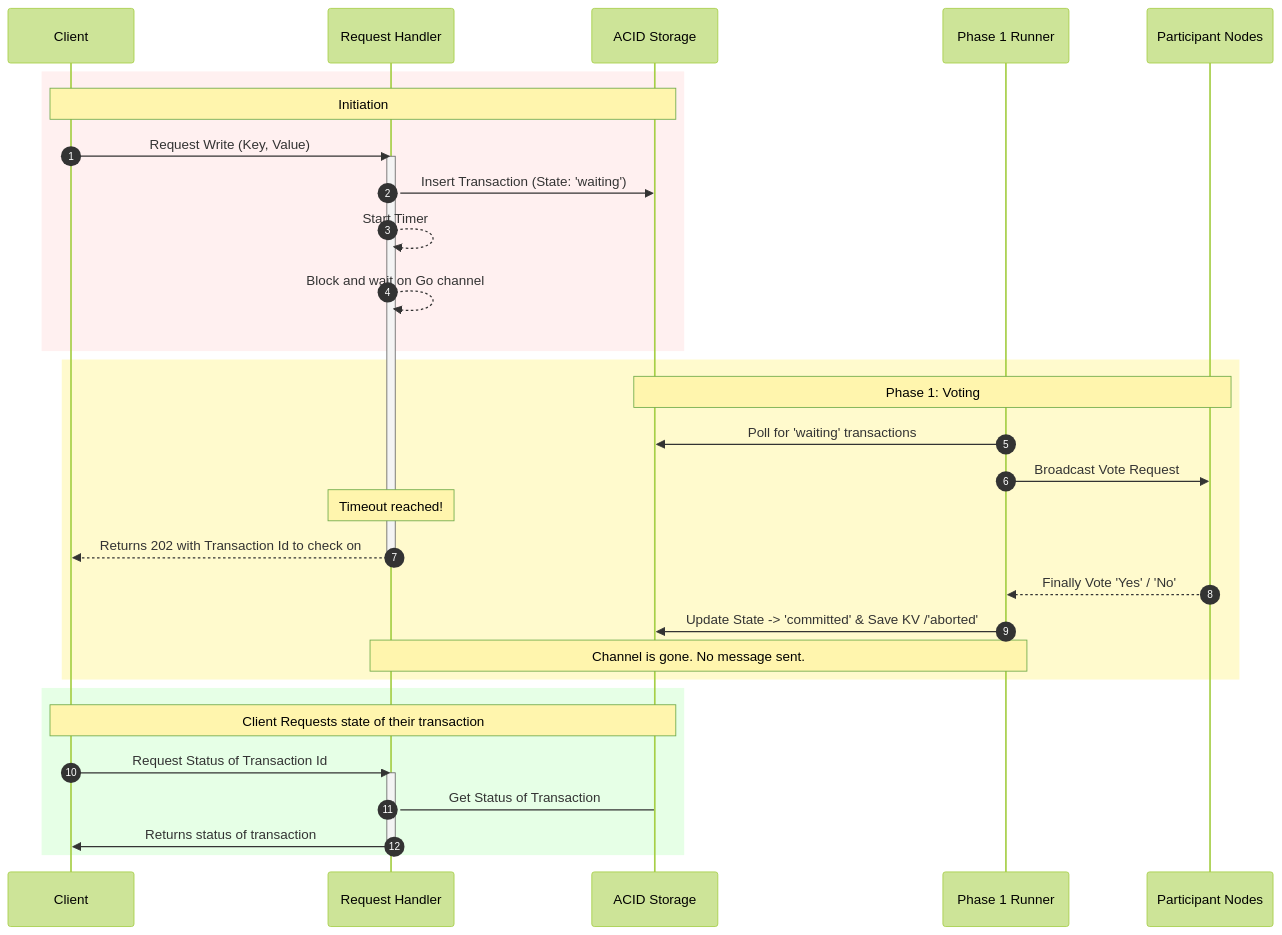
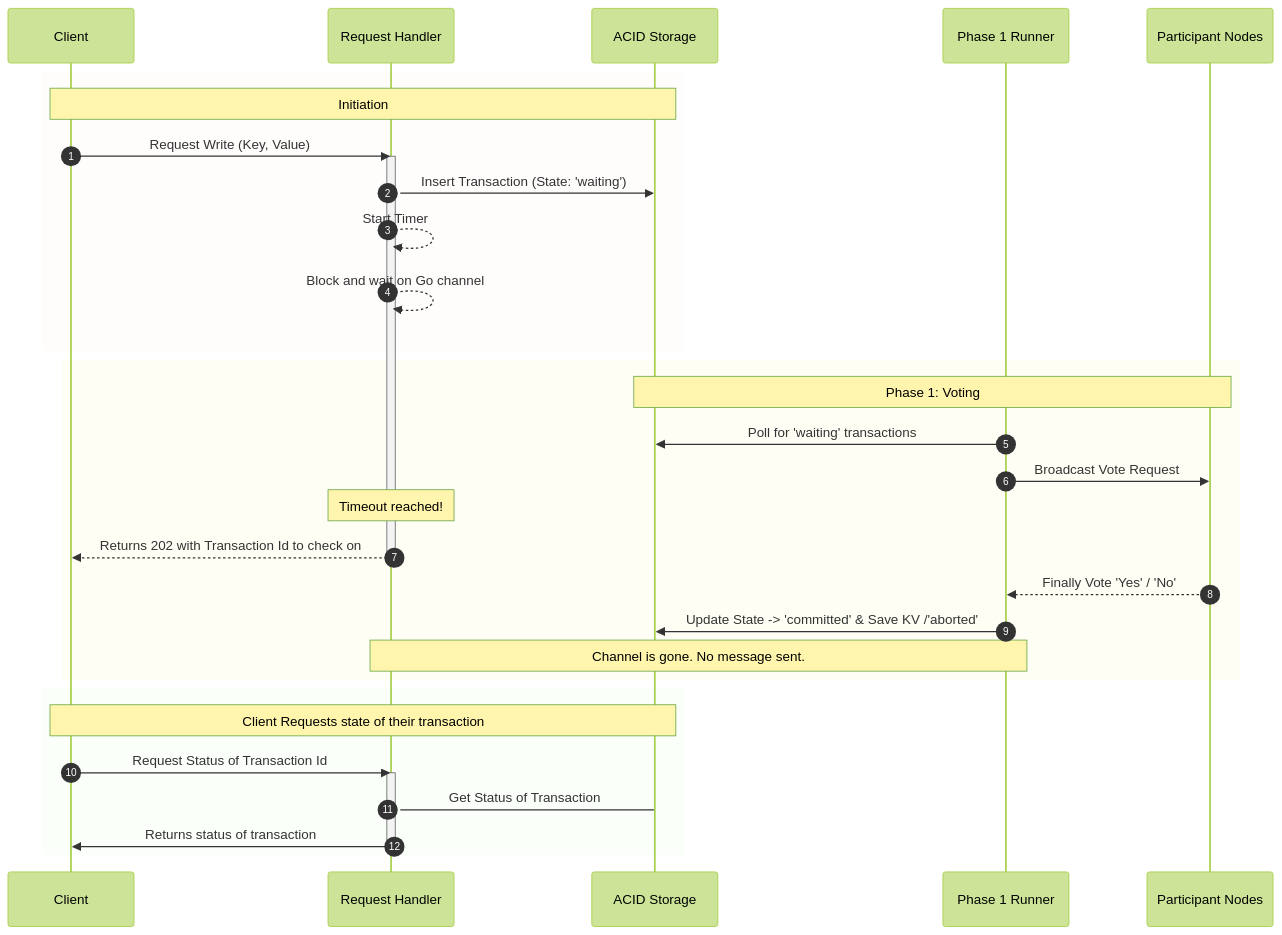
The second of 2 diagrams in readme.md (GilbertBckr/DistributedKeyValueStore), drawn with Mermaid (forest theme) before and after one commit. The commit also changed other lines of this file, not shown here.

Commit message:
updated mermaidjs colors

````diff
--- a/readme.md
+++ b/readme.md
@@ -68,42 +68,42 @@
 ```mermaid
 sequenceDiagram
     autonumber
     
     participant C as Client
     participant H as Request Handler
     participant DB as ACID Storage
     participant P1 as Phase 1 Runner
     participant PN as Participant Nodes
 
-    rect rgb(255, 240, 240)
+    rect rgba(255, 240, 240, 0.2)
         Note over C, DB: Initiation
         C->>H: Request Write (Key, Value)
         activate H
         H->>DB: Insert Transaction (State: 'waiting')
         H-->>H: Start Timer
         H-->>H: Block and wait on Go channel
     end
 
-    rect rgb(255, 250, 205)
+    rect rgba(255, 250, 205, 0.2)
         Note over DB, PN: Phase 1: Voting
         P1->>DB: Poll for 'waiting' transactions
         P1->>PN: Broadcast Vote Request
         Note over H: Timeout reached!
         H-->>C: Returns 202 with Transaction Id to check on 
         deactivate H
         
         PN-->>P1: Finally Vote 'Yes' / 'No'
         P1->>DB: Update State -> 'committed' & Save KV /'aborted'
         
         Note over H, P1: Channel is gone. No message sent.
     end
-    rect rgb(230, 255, 230)
+    rect rgba(230, 255, 230, 0.2)
         Note over C, DB: Client Requests state of their transaction
         C->>H: Request Status of Transaction Id
         activate H
         H->DB: Get Status of Transaction
         
         H->>C: Returns status of transaction
         deactivate H
     end
 ```
````
